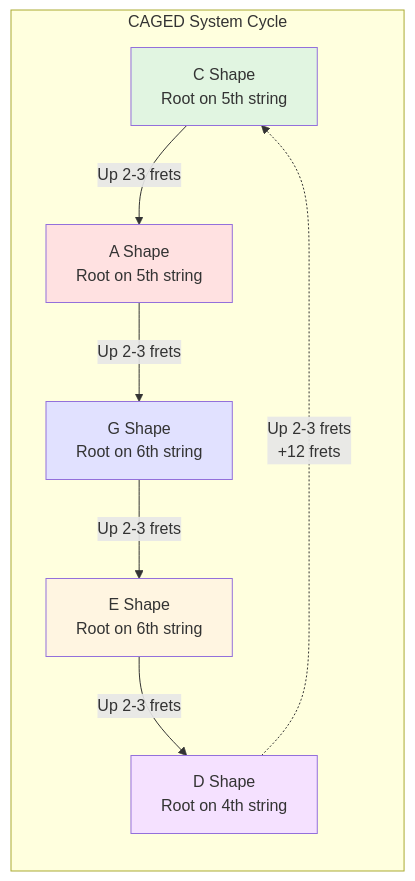
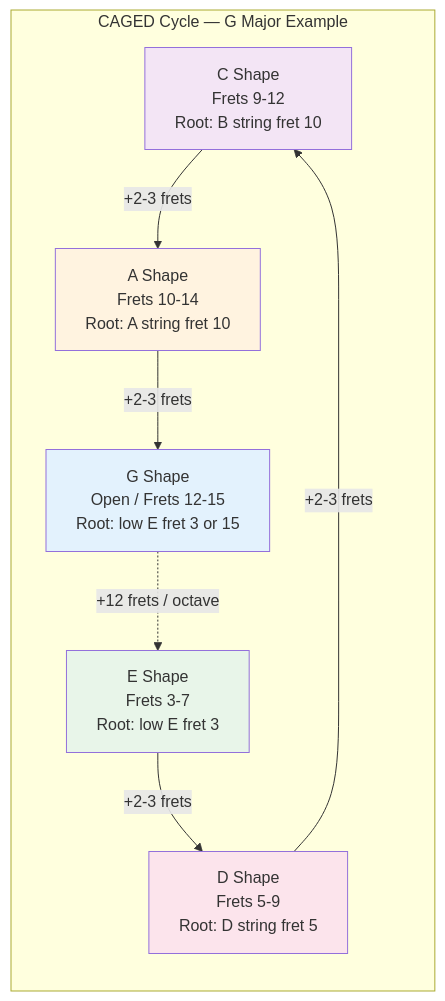
The fourth of 6 diagrams in topics/arts/music_performance/guitar/lesson_03_scales_and_modes.md (blebleblee/synapse), drawn with Mermaid before and after one commit. The commit also changed other lines of this file and 2 other files, not shown here.

````diff
--- a/topics/arts/music_performance/guitar/lesson_03_scales_and_modes.md
+++ b/topics/arts/music_performance/guitar/lesson_03_scales_and_modes.md
@@ -190,16 +86,22 @@
 ```mermaid
 graph LR
-    subgraph sub_caged_system_cycle ["CAGED System Cycle"]
-        C["C Shape<br/>Root on 5th string"] -->|"Up 2-3 frets"| A["A Shape<br/>Root on 5th string"]
-        A -->|"Up 2-3 frets"| G["G Shape<br/>Root on 6th string"]
-        G -->|"Up 2-3 frets"| E["E Shape<br/>Root on 6th string"]
-        E -->|"Up 2-3 frets"| D["D Shape<br/>Root on 4th string"]
-        D -.->|"Up 2-3 frets<br/>+12 frets"| C
+    subgraph sub_caged_cycle ["CAGED Cycle — G Major Example"]
+        Cs["C Shape<br/>Frets 9-12<br/>Root: B string fret 10"]
+        As["A Shape<br/>Frets 10-14<br/>Root: A string fret 10"]
+        Gs["G Shape<br/>Open / Frets 12-15<br/>Root: low E fret 3 or 15"]
+        Es["E Shape<br/>Frets 3-7<br/>Root: low E fret 3"]
+        Ds["D Shape<br/>Frets 5-9<br/>Root: D string fret 5"]
+
+        Es -->|"+2-3 frets"| Ds
+        Ds -->|"+2-3 frets"| Cs
+        Cs -->|"+2-3 frets"| As
+        As -->|"+2-3 frets"| Gs
+        Gs -.->|"+12 frets / octave"| Es
     end
-    
-    style C fill:#e1f5e1
-    style A fill:#ffe1e1
-    style G fill:#e1e1ff
-    style E fill:#fff5e1
-    style D fill:#f5e1ff
+
+    style Es fill:#e8f5e9
+    style As fill:#fff3e0
+    style Gs fill:#e3f2fd
+    style Ds fill:#fce4ec
+    style Cs fill:#f3e5f5
 ```
````
